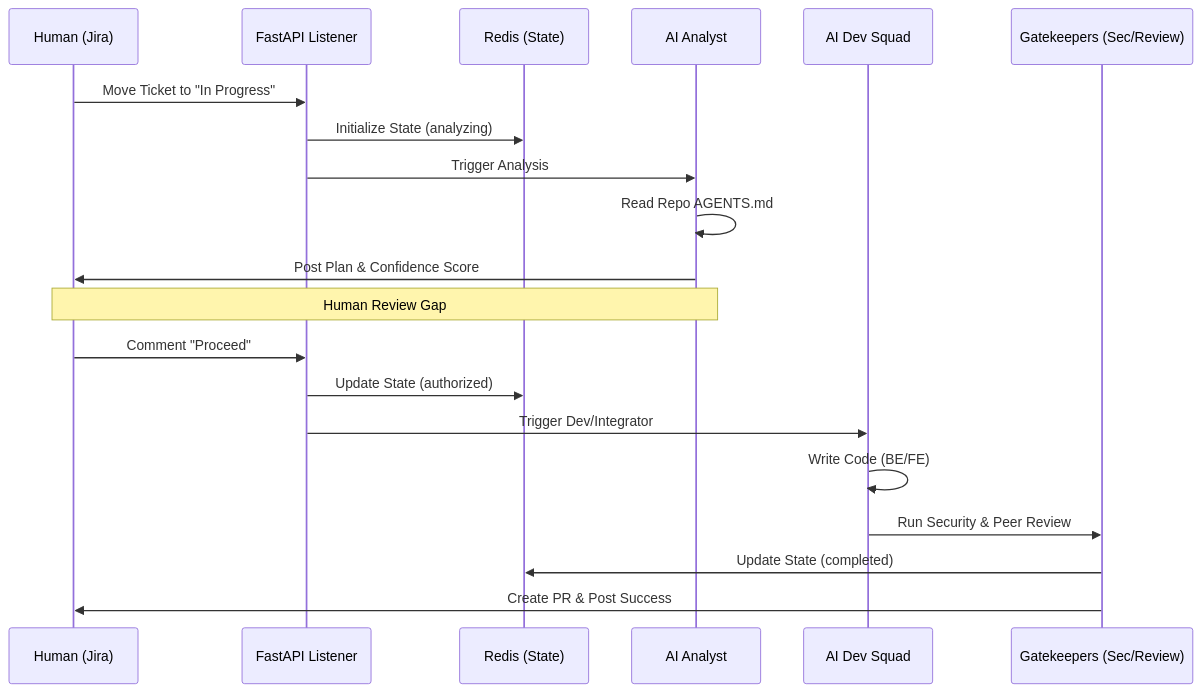
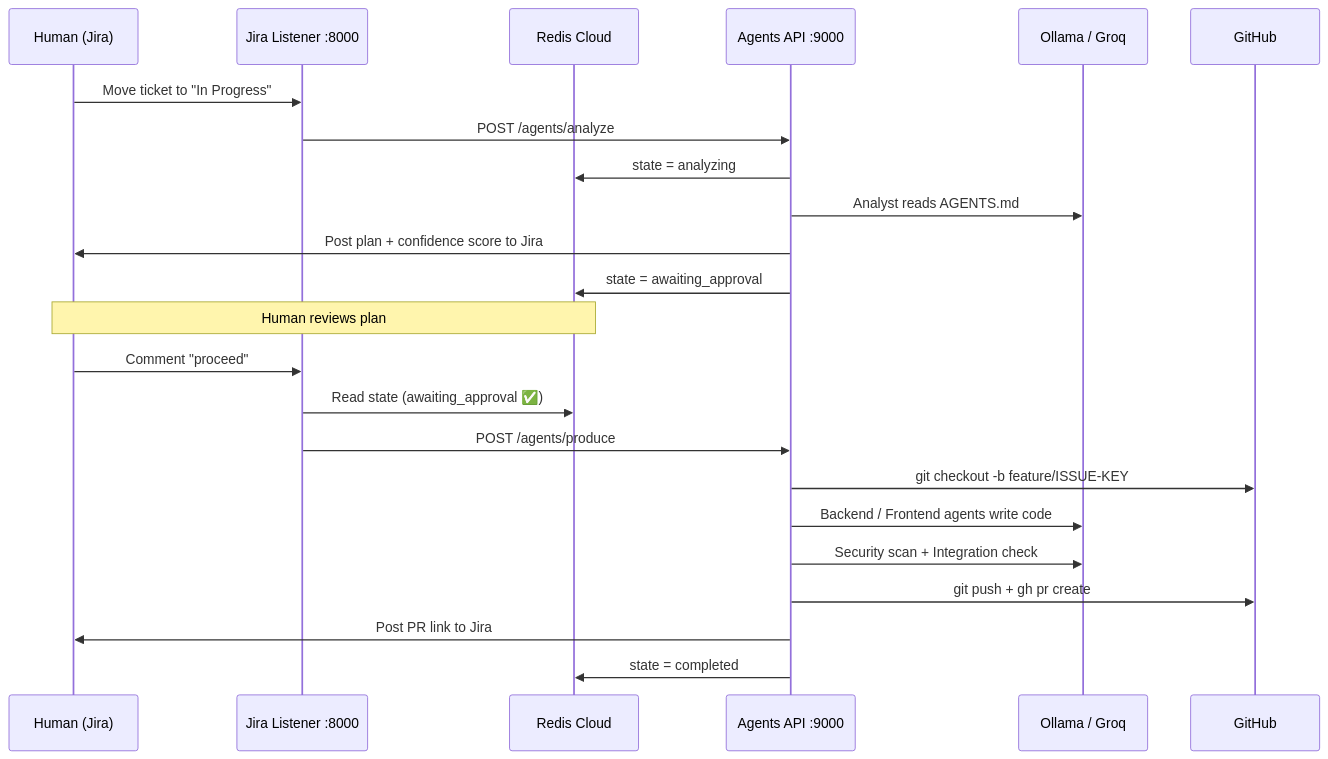
The diagram in README.md (shadman/ai-sdlc-factory), drawn with Mermaid before and after one commit. The commit also changed other lines of this file and 15 other files, not shown here.

Commit message:
uploaded huging face and extra purchased domain git push

````diff
--- a/README.md
+++ b/README.md
@@ -125,25 +272,28 @@
 ```mermaid
 sequenceDiagram
     participant H as Human (Jira)
-    participant L as FastAPI Listener
-    participant R as Redis (State)
-    participant A as AI Analyst
-    participant D as AI Dev Squad
-    participant G as Gatekeepers (Sec/Review)
+    participant L as Jira Listener :8000
+    participant R as Redis Cloud
+    participant AG as Agents API :9000
+    participant LM as Ollama / Groq
+    participant GH as GitHub
 
-    H->>L: Move Ticket to "In Progress"
-    L->>R: Initialize State (analyzing)
-    L->>A: Trigger Analysis
-    A->>A: Read Repo AGENTS.md
-    A->>H: Post Plan & Confidence Score
-    
-    Note over H,A: Human Review Gap
-    
-    H->>L: Comment "Proceed"
-    L->>R: Update State (authorized)
-    L->>D: Trigger Dev/Integrator
-    D->>D: Write Code (BE/FE)
-    D->>G: Run Security & Peer Review
-    G->>R: Update State (completed)
-    G->>H: Create PR & Post Success
+    H->>L: Move ticket to "In Progress"
+    L->>AG: POST /agents/analyze
+    AG->>R: state = analyzing
+    AG->>LM: Analyst reads AGENTS.md
+    AG->>H: Post plan + confidence score to Jira
+    AG->>R: state = awaiting_approval
+
+    Note over H,R: Human reviews plan
+
+    H->>L: Comment "proceed"
+    L->>R: Read state (awaiting_approval ✅)
+    L->>AG: POST /agents/produce
+    AG->>GH: git checkout -b feature/ISSUE-KEY
+    AG->>LM: Backend / Frontend agents write code
+    AG->>LM: Security scan + Integration check
+    AG->>GH: git push + gh pr create
+    AG->>H: Post PR link to Jira
+    AG->>R: state = completed
 ```
````
